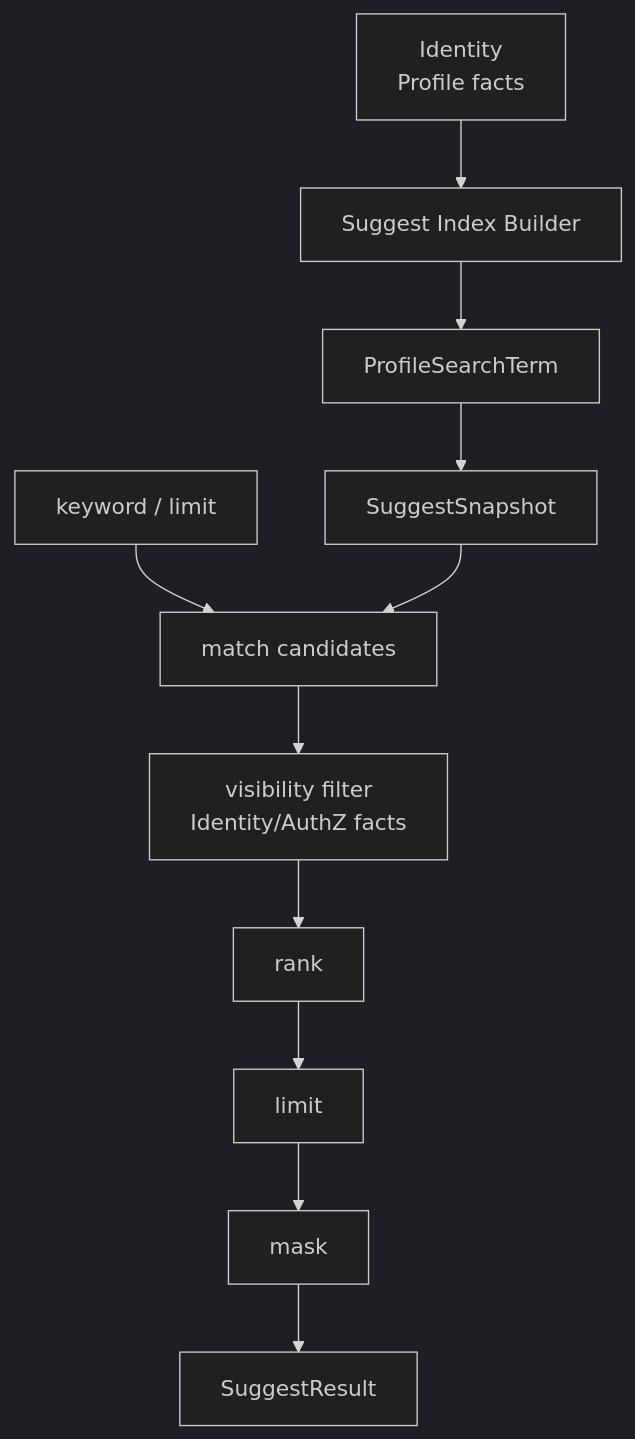
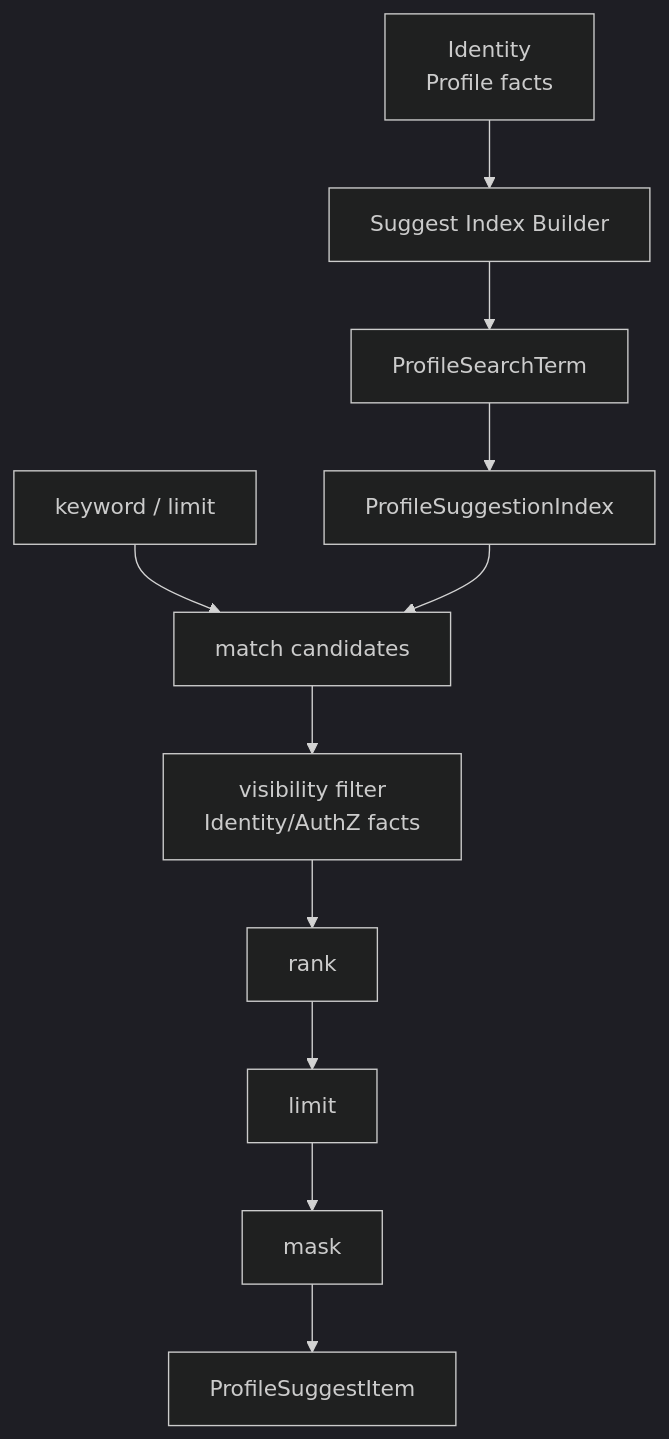
One commit to FangcunMount/iam changed the tenth of 12 diagrams in docs/06-宣讲/10-架构图素材索引.md. Above: the diagram before and after it, drawn with Mermaid (dark theme). The commit also changed other lines of this file and 45 other files, not shown here.

````diff
--- a/docs/06-宣讲/10-架构图素材索引.md
+++ b/docs/06-宣讲/10-架构图素材索引.md
@@ -532,25 +532,25 @@
 ```mermaid
 flowchart TD
     Identity["Identity\nProfile facts"]
     Builder["Suggest Index Builder"]
     Terms["ProfileSearchTerm"]
-    Snapshot["SuggestSnapshot"]
+    Snapshot["ProfileSuggestionIndex"]
     Query["keyword / limit"]
     Match["match candidates"]
     Filter["visibility filter\nIdentity/AuthZ facts"]
     Rank["rank"]
     Limit["limit"]
     Mask["mask"]
-    Result["SuggestResult"]
+    Result["ProfileSuggestItem"]
 
     Identity --> Builder
     Builder --> Terms
     Terms --> Snapshot
     Query --> Match
     Snapshot --> Match
     Match --> Filter
     Filter --> Rank
     Rank --> Limit
     Limit --> Mask
     Mask --> Result
 ```
````
